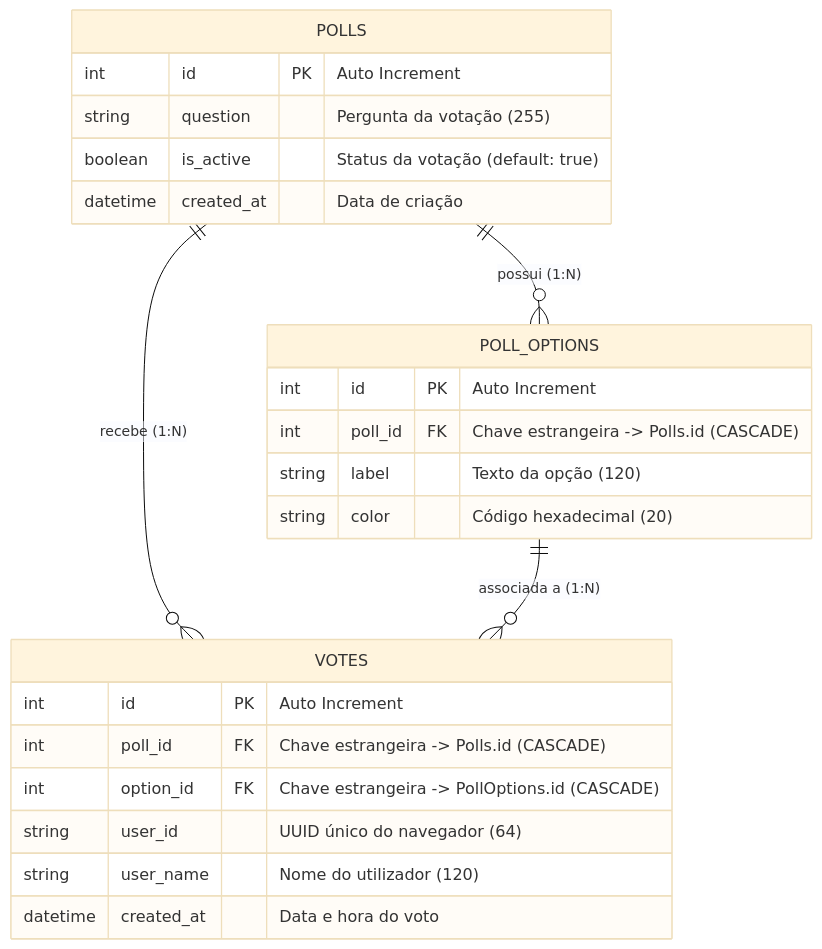
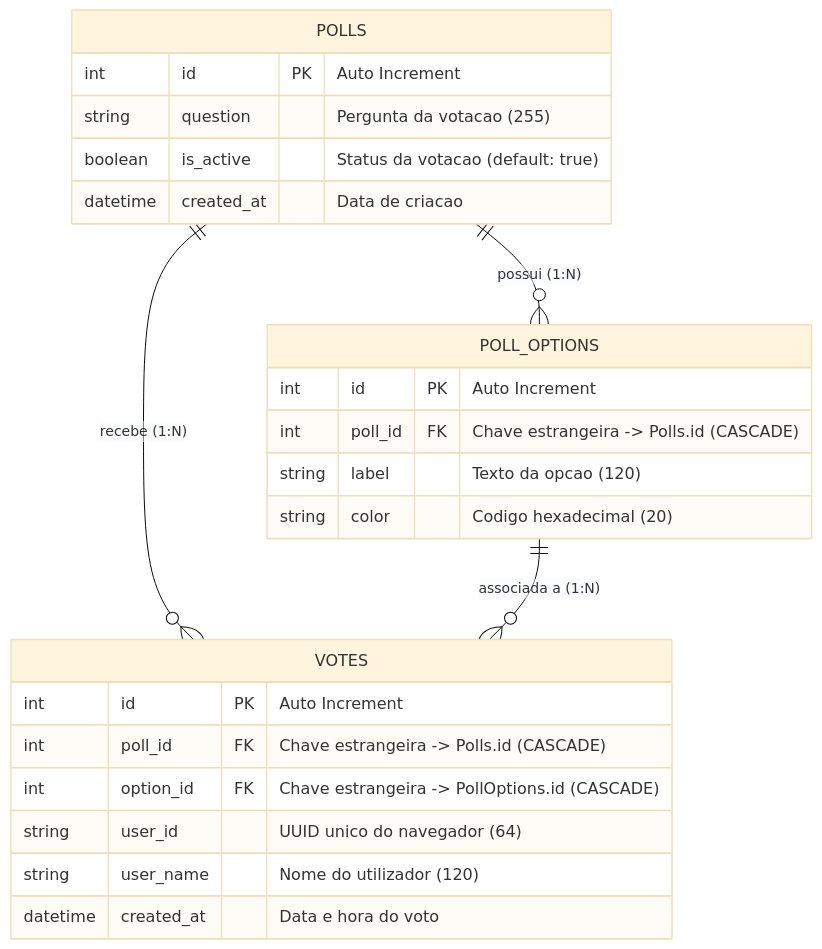
The third of 3 diagrams in realtime-poll-full/README.md (mozstream01-gif/Real-Time-Poll), drawn with Mermaid (base theme) before and after one commit. The commit also changed other lines of this file and 8 other files, not shown here.

````diff
--- a/realtime-poll-full/README.md
+++ b/realtime-poll-full/README.md
@@ -118,29 +118,29 @@
 ```mermaid
 erDiagram
     POLLS ||--o{ POLL_OPTIONS : "possui (1:N)"
     POLLS ||--o{ VOTES : "recebe (1:N)"
     POLL_OPTIONS ||--o{ VOTES : "associada a (1:N)"
 
     POLLS {
         int id PK "Auto Increment"
-        string question "Pergunta da votação (255)"
-        boolean is_active "Status da votação (default: true)"
-        datetime created_at "Data de criação"
+        string question "Pergunta da votacao (255)"
+        boolean is_active "Status da votacao (default: true)"
+        datetime created_at "Data de criacao"
     }
 
     POLL_OPTIONS {
         int id PK "Auto Increment"
         int poll_id FK "Chave estrangeira -> Polls.id (CASCADE)"
-        string label "Texto da opção (120)"
-        string color "Código hexadecimal (20)"
+        string label "Texto da opcao (120)"
+        string color "Codigo hexadecimal (20)"
     }
 
     VOTES {
         int id PK "Auto Increment"
         int poll_id FK "Chave estrangeira -> Polls.id (CASCADE)"
         int option_id FK "Chave estrangeira -> PollOptions.id (CASCADE)"
-        string user_id "UUID único do navegador (64)"
+        string user_id "UUID unico do navegador (64)"
         string user_name "Nome do utilizador (120)"
         datetime created_at "Data e hora do voto"
     }
 ```
````
